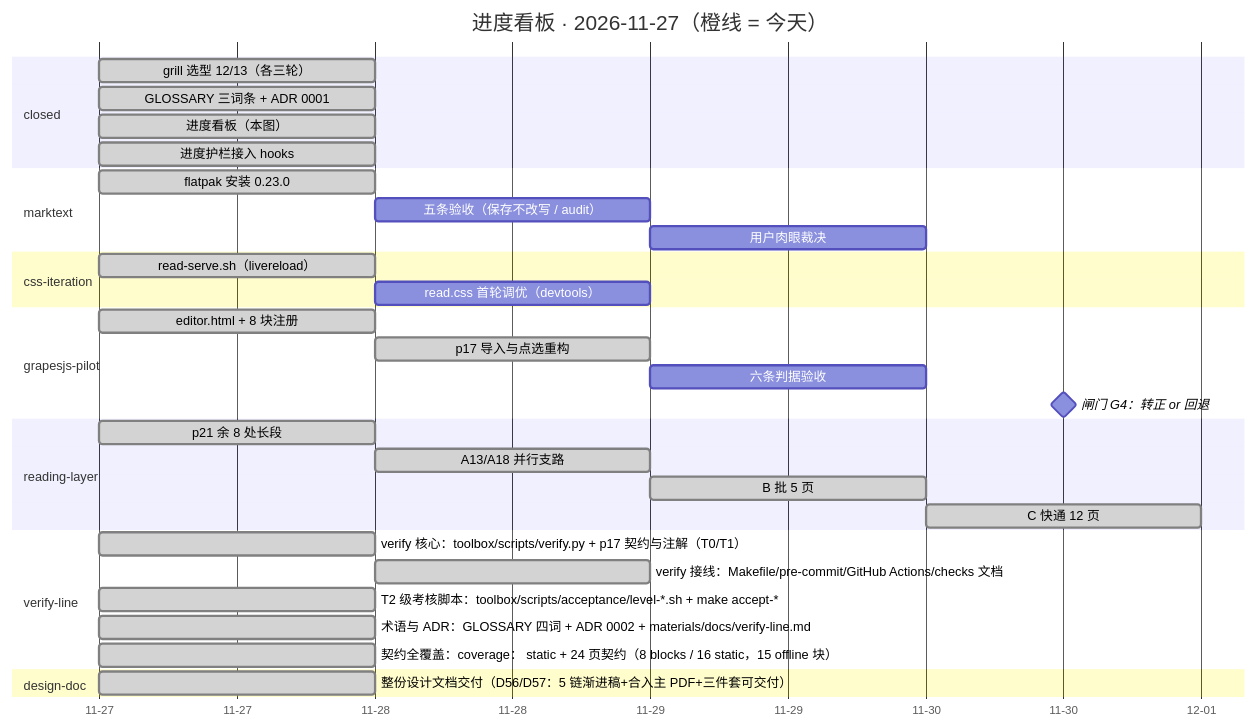
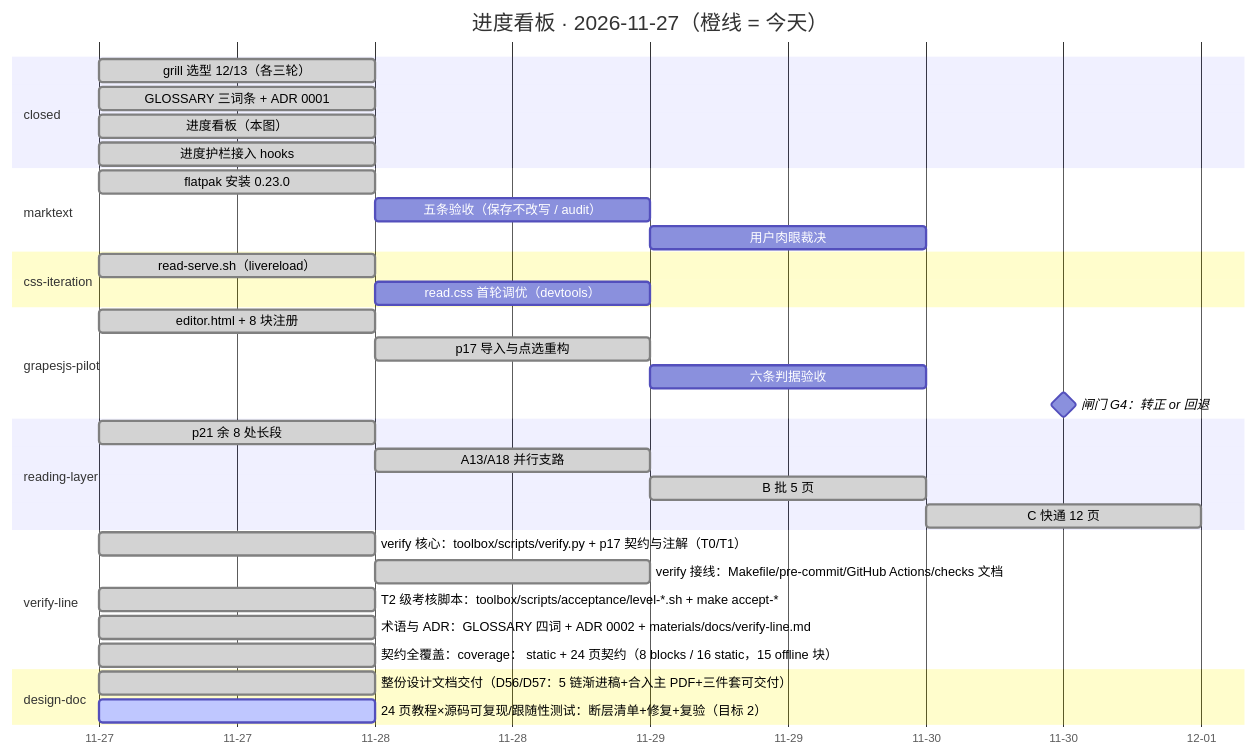
Before and after one commit to ZhenSiRong/DSWS: the diagram in materials/humen-desicions/14-progress-gantt.md, drawn with Mermaid. The commit also changed 51 other files, not shown here.

First line of the commit message:
feat(design): A 类设计图 D2 全面铺开（10 图）+ design-doc.pdf 重构 + 断层测试静态报告

````diff
--- a/materials/humen-desicions/14-progress-gantt.md
+++ b/materials/humen-desicions/14-progress-gantt.md
@@ -11,44 +11,45 @@
 ```mermaid
 gantt
     title 进度看板 · 2026-11-27（橙线 = 今天）
     dateFormat YYYY-MM-DD
     axisFormat %m-%d
     todayMarker stroke-width:3px,stroke:#e65100
 
     section closed
     grill 选型 12/13（各三轮）        :done, s1, 2026-11-27, 1d
     GLOSSARY 三词条 + ADR 0001        :done, s2, 2026-11-27, 1d
     进度看板（本图）        :done, s3, 2026-11-27, 1d
     进度护栏接入 hooks        :done, s4, 2026-11-27, 1d
 
     section marktext
     flatpak 安装 0.23.0        :done, m1, 2026-11-27, 1d
     五条验收（保存不改写 / audit）        :m2, after m1, 1d
     用户肉眼裁决        :m3, after m2, 1d
 
     section css-iteration
     read-serve.sh（livereload）        :done, c1, 2026-11-27, 1d
     read.css 首轮调优（devtools）        :c2, after c1, 1d
 
     section grapesjs-pilot
     editor.html + 8 块注册        :done, g1, 2026-11-27, 1d
     p17 导入与点选重构        :done, g2, after g1, 1d
     六条判据验收        :g3, after g2, 1d
     闸门 G4：转正 or 回退        :milestone, g4, after g3, 1d
 
     section reading-layer
     p21 余 8 处长段        :done, r1, 2026-11-27, 1d
     A13/A18 并行支路        :done, r2, after r1, 1d
     B 批 5 页        :done, r3, after r2, 1d
     C 快通 12 页        :done, r4, after r3, 1d
 
     section verify-line
     verify 核心：toolbox/scripts/verify.py + p17 契约与注解（T0/T1）        :done, v1, 2026-11-27, 1d
     verify 接线：Makefile/pre-commit/GitHub Actions/checks 文档        :done, v2, after v1, 1d
     T2 级考核脚本：toolbox/scripts/acceptance/level-*.sh + make accept-*        :done, v3, 2026-11-27, 1d
     术语与 ADR：GLOSSARY 四词 + ADR 0002 + materials/docs/verify-line.md        :done, v4, 2026-11-27, 1d
     契约全覆盖：coverage： static + 24 页契约（8 blocks / 16 static，15 offline 块）        :done, v5, 2026-11-27, 1d
 
     section design-doc
     整份设计文档交付（D56/D57：5 链渐进稿+合入主 PDF+三件套可交付）        :done, dg1, 2026-11-27, 1d
+    24 页教程×源码可复现/跟随性测试：断层清单+修复+复验（目标 2）        :active, dg2, 2026-11-27, 1d
 ```
````
